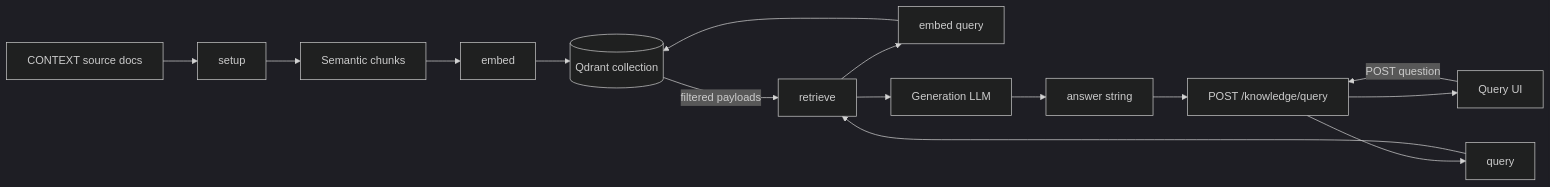
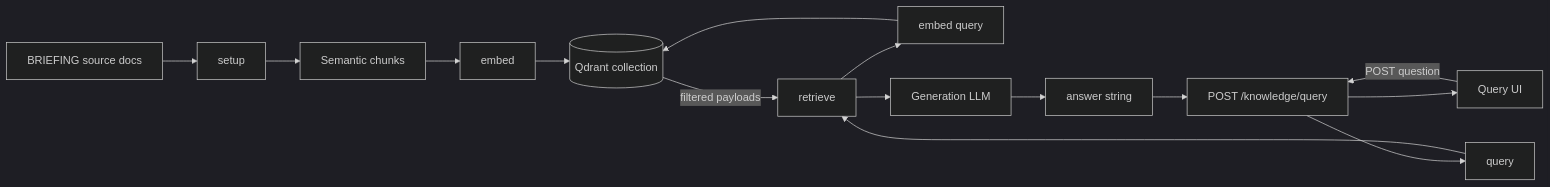
The diagram in content/projects/ai-eng-milestone-rag-knowledge-base/.learn/solution/README.md (4GeeksAcademy/ai-engineering-syllabus), drawn with Mermaid (dark theme) before and after one commit. The commit also changed other lines of this file and 620 other files, not shown here.

Commit message:
Update terminology from CONTEXT to BRIEFING across multiple files for consistency in project documentation.

````diff
--- a/content/projects/ai-eng-milestone-rag-knowledge-base/.learn/solution/README.md
+++ b/content/projects/ai-eng-milestone-rag-knowledge-base/.learn/solution/README.md
@@ -9,17 +9,17 @@
 ```mermaid
 flowchart LR
-  DOCS[CONTEXT source docs] --> SETUP[setup]
+  DOCS[BRIEFING source docs] --> SETUP[setup]
   SETUP --> CHUNK[Semantic chunks]
   CHUNK --> EMB1[embed]
   EMB1 --> QD[(Qdrant collection)]
   UI[Query UI] -->|POST question| API[POST /knowledge/query]
   API --> QFN[query]
   QFN --> RET[retrieve]
   RET --> EMB2[embed query]
   EMB2 --> QD
   QD -->|filtered payloads| RET
   RET --> LLM[Generation LLM]
   LLM --> ANS[answer string]
   ANS --> API
   API --> UI
 ```
````
